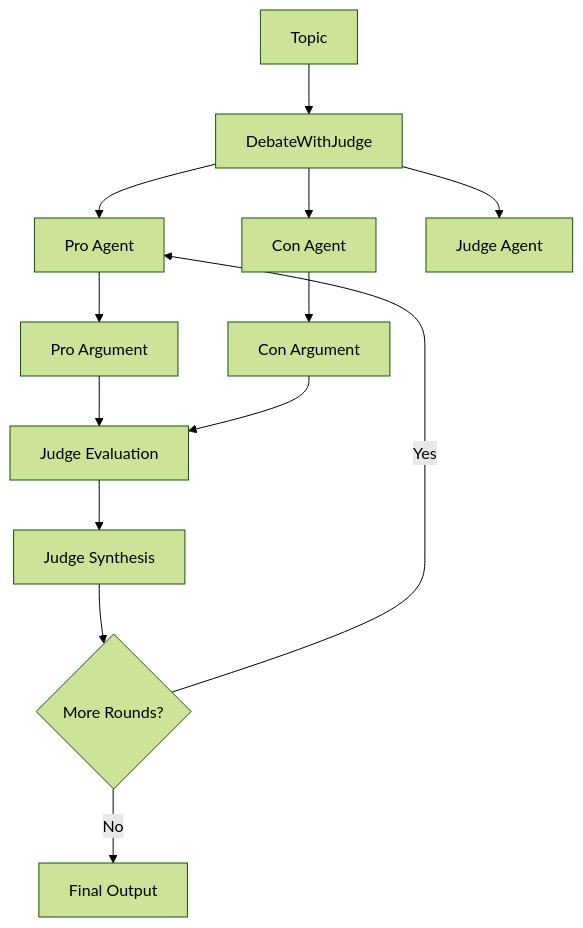
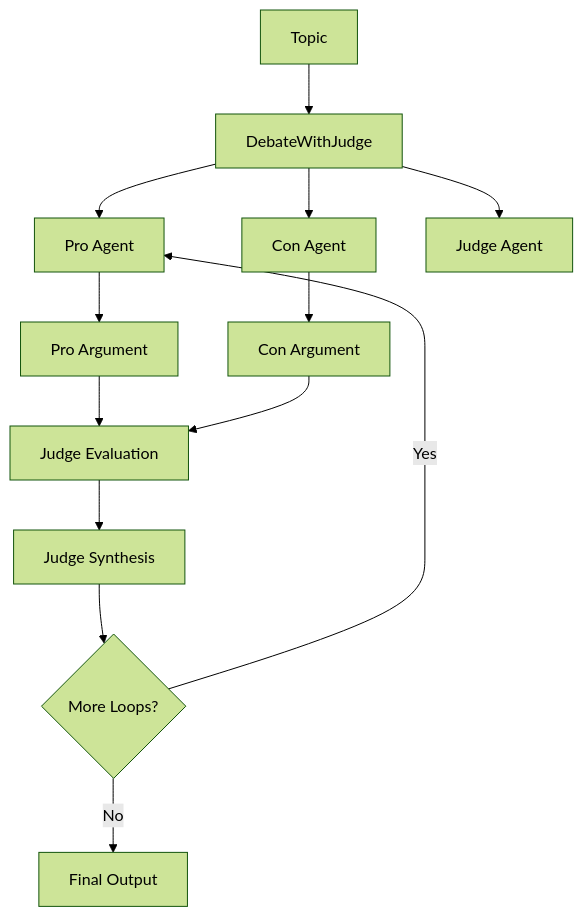
Diagram 19 of 27 in docs/swarms/concept/swarm_architectures.md (kyegomez/swarms), drawn with Mermaid (forest theme) before and after one commit. The commit also changed other lines of this file and 13 other files, not shown here.

````diff
--- a/docs/swarms/concept/swarm_architectures.md
+++ b/docs/swarms/concept/swarm_architectures.md
@@ -706,18 +712,18 @@
 ```mermaid
 graph TD
     A[Topic] --> B[DebateWithJudge]
     B --> C[Pro Agent]
     B --> D[Con Agent]
     B --> E[Judge Agent]
     
     C --> F[Pro Argument]
     D --> G[Con Argument]
     
     F --> H[Judge Evaluation]
     G --> H
     
     H --> I[Judge Synthesis]
-    I --> J{More Rounds?}
+    I --> J{More Loops?}
     J -->|Yes| C
     J -->|No| K[Final Output]
 ```
````
